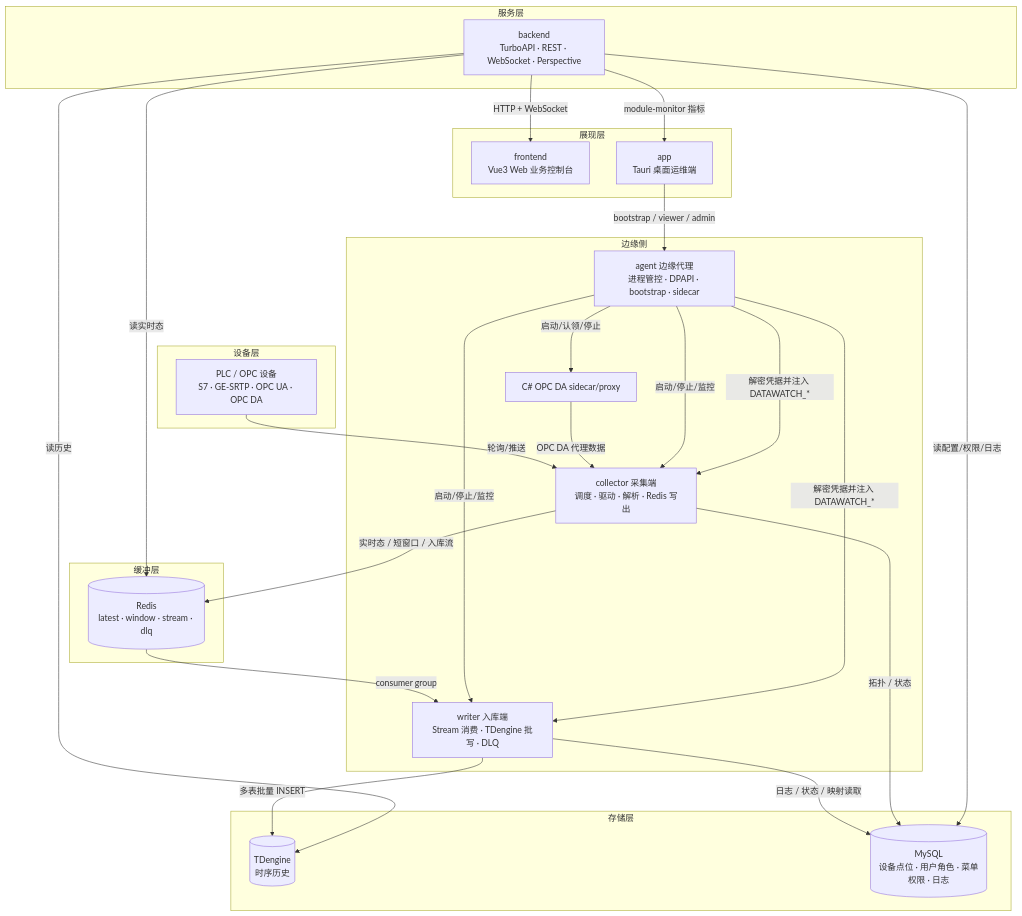
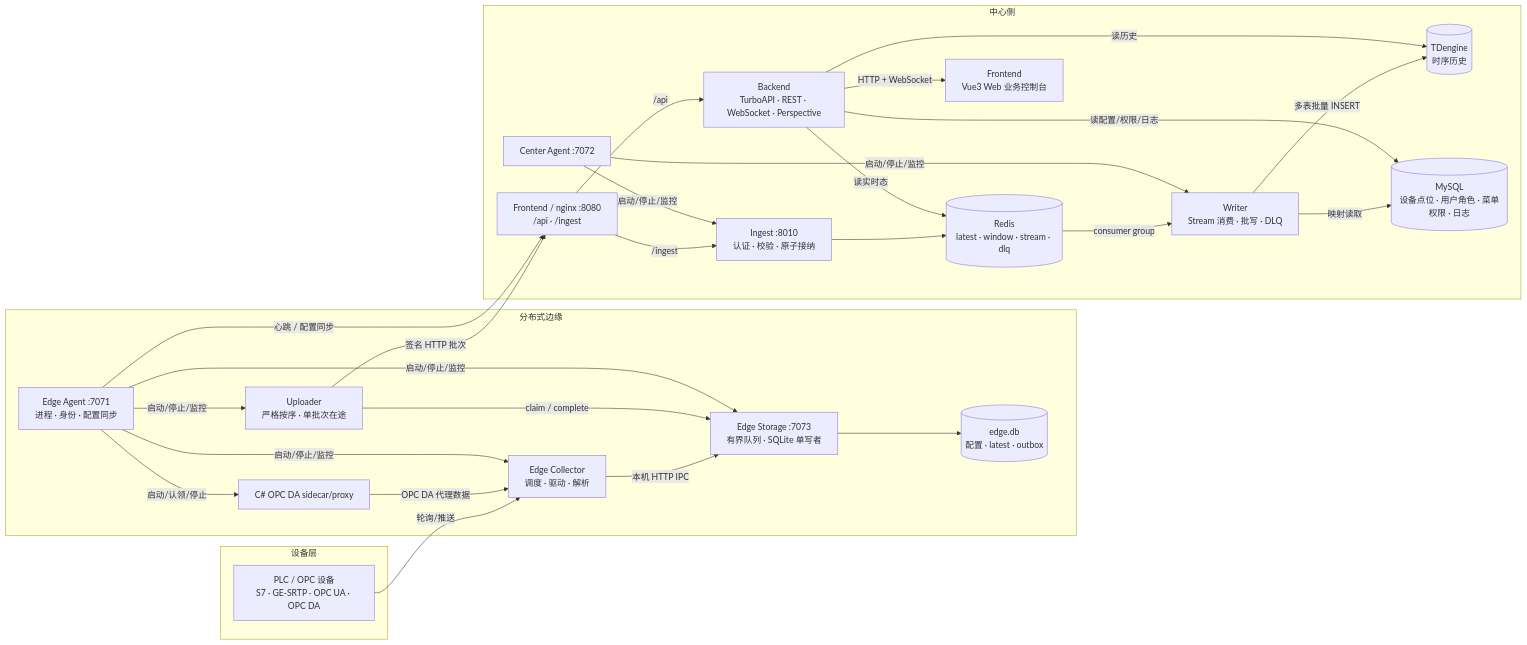
The first of 4 diagrams in docs/01-总体设计/系统架构总览.md (Hry1729/data_watch), drawn with Mermaid before and after one commit. The commit also changed other lines of this file and 24 other files, not shown here.

````diff
--- a/docs/01-总体设计/系统架构总览.md
+++ b/docs/01-总体设计/系统架构总览.md
@@ -43,50 +43,51 @@
 ```mermaid
-flowchart TD
+flowchart LR
     subgraph DEV[设备层]
         PLC[PLC / OPC 设备<br/>S7 · GE-SRTP · OPC UA · OPC DA]
     end
 
-    subgraph EDGE[边缘侧]
-        COL[collector 采集端<br/>调度 · 驱动 · 解析 · Redis 写出]
-        WR[writer 入库端<br/>Stream 消费 · TDengine 批写 · DLQ]
-        AG[agent 边缘代理<br/>进程管控 · DPAPI · bootstrap · sidecar]
+    subgraph EDGE[分布式边缘]
+        COL[Edge Collector<br/>调度 · 驱动 · 解析]
+        EST[Edge Storage :7073<br/>有界队列 · SQLite 单写者]
+        EDB[(edge.db<br/>配置 · latest · outbox)]
+        UP[Uploader<br/>严格按序 · 单批次在途]
+        AG[Edge Agent :7071<br/>进程 · 身份 · 配置同步]
         PROXY[C# OPC DA sidecar/proxy]
     end
 
-    subgraph BUF[缓冲层]
+    subgraph CENTER[中心侧]
+        NG[Frontend / nginx :8080<br/>/api · /ingest]
+        ING[Ingest :8010<br/>认证 · 校验 · 原子接纳]
         RDS[(Redis<br/>latest · window · stream · dlq)]
-    end
-
-    subgraph STORE[存储层]
+        WR[Writer<br/>Stream 消费 · 批写 · DLQ]
         TD[(TDengine<br/>时序历史)]
         MY[(MySQL<br/>设备点位 · 用户角色 · 菜单权限 · 日志)]
-    end
-
-    subgraph SVC[服务层]
-        BE[backend<br/>TurboAPI · REST · WebSocket · Perspective]
-    end
-
-    subgraph UI[展现层]
-        FE[frontend<br/>Vue3 Web 业务控制台]
-        APP[app<br/>Tauri 桌面运维端]
+        BE[Backend<br/>TurboAPI · REST · WebSocket · Perspective]
+        FE[Frontend<br/>Vue3 Web 业务控制台]
+        CAG[Center Agent :7072]
     end
 
     PLC -->|轮询/推送| COL
     PROXY -->|OPC DA 代理数据| COL
-    COL -->|实时态 / 短窗口 / 入库流| RDS
+    COL -->|本机 HTTP IPC| EST
+    EST --> EDB
+    UP -->|claim / complete| EST
+    UP -->|签名 HTTP 批次| NG
+    AG -->|心跳 / 配置同步| NG
+    NG -->|/ingest| ING
+    NG -->|/api| BE
+    ING --> RDS
     RDS -->|consumer group| WR
     WR -->|多表批量 INSERT| TD
-    WR -->|日志 / 状态 / 映射读取| MY
-    COL -->|拓扑 / 状态| MY
+    WR -->|映射读取| MY
     BE -->|读实时态| RDS
     BE -->|读历史| TD
     BE -->|读配置/权限/日志| MY
     BE -->|HTTP + WebSocket| FE
-    BE -->|module-monitor 指标| APP
     AG -->|启动/停止/监控| COL
-    AG -->|启动/停止/监控| WR
+    AG -->|启动/停止/监控| EST
+    AG -->|启动/停止/监控| UP
     AG -->|启动/认领/停止| PROXY
-    AG -->|解密凭据并注入 DATAWATCH_*| COL
-    AG -->|解密凭据并注入 DATAWATCH_*| WR
-    APP -->|bootstrap / viewer / admin| AG
+    CAG -->|启动/停止/监控| ING
+    CAG -->|启动/停止/监控| WR
 ```
````
